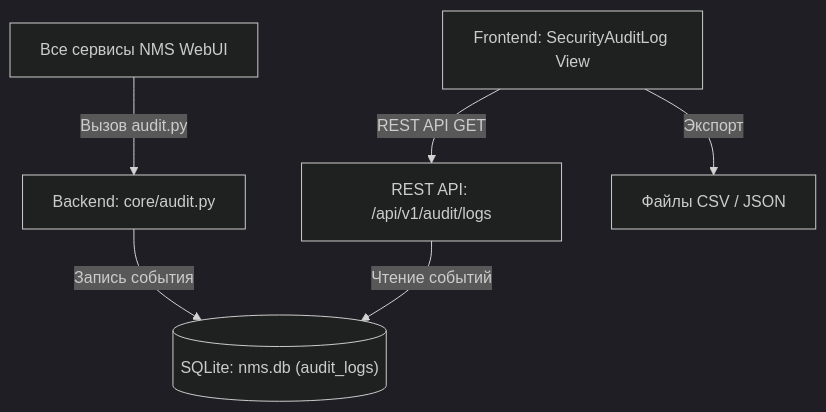
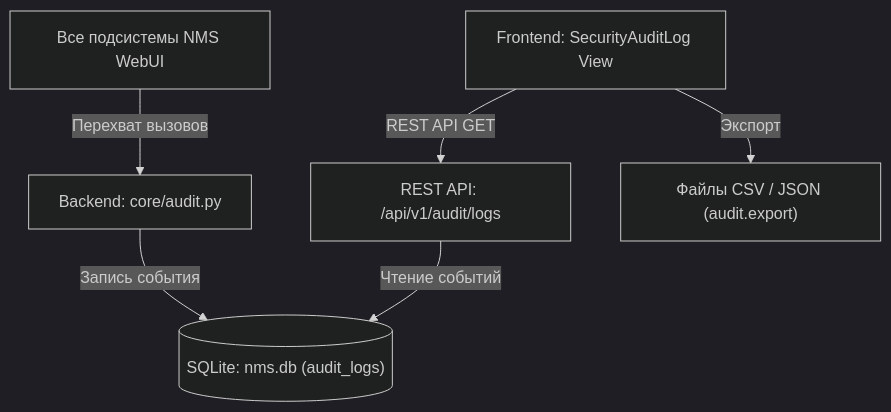
Before and after one commit to Apofixc/nms-webui: the diagram in docs/wiki/02-usage/08-security-audit-log.md, drawn with Mermaid (dark theme). The commit also changed other lines of this file, not shown here.

Commit message:
docs: update security audit log documentation for clarity and accuracy

````diff
--- a/docs/wiki/02-usage/08-security-audit-log.md
+++ b/docs/wiki/02-usage/08-security-audit-log.md
@@ -68,8 +86,8 @@
 ```mermaid
 graph TD
-    AppControllers["Все сервисы NMS WebUI"] -->|Вызов audit.py| AuditModule["Backend: core/audit.py"]
+    AppControllers["Все подсистемы NMS WebUI"] -->|Перехват вызовов| AuditModule["Backend: core/audit.py"]
     AuditModule -->|Запись события| DB[("SQLite: nms.db (audit_logs)")]
     UI["Frontend: SecurityAuditLog View"] -->|REST API GET| API["REST API: /api/v1/audit/logs"]
     API -->|Чтение событий| DB
-    UI -->|Экспорт| CSV_JSON["Файлы CSV / JSON"]
+    UI -->|Экспорт| CSV_JSON["Файлы CSV / JSON (audit.export)"]
 ```
````
